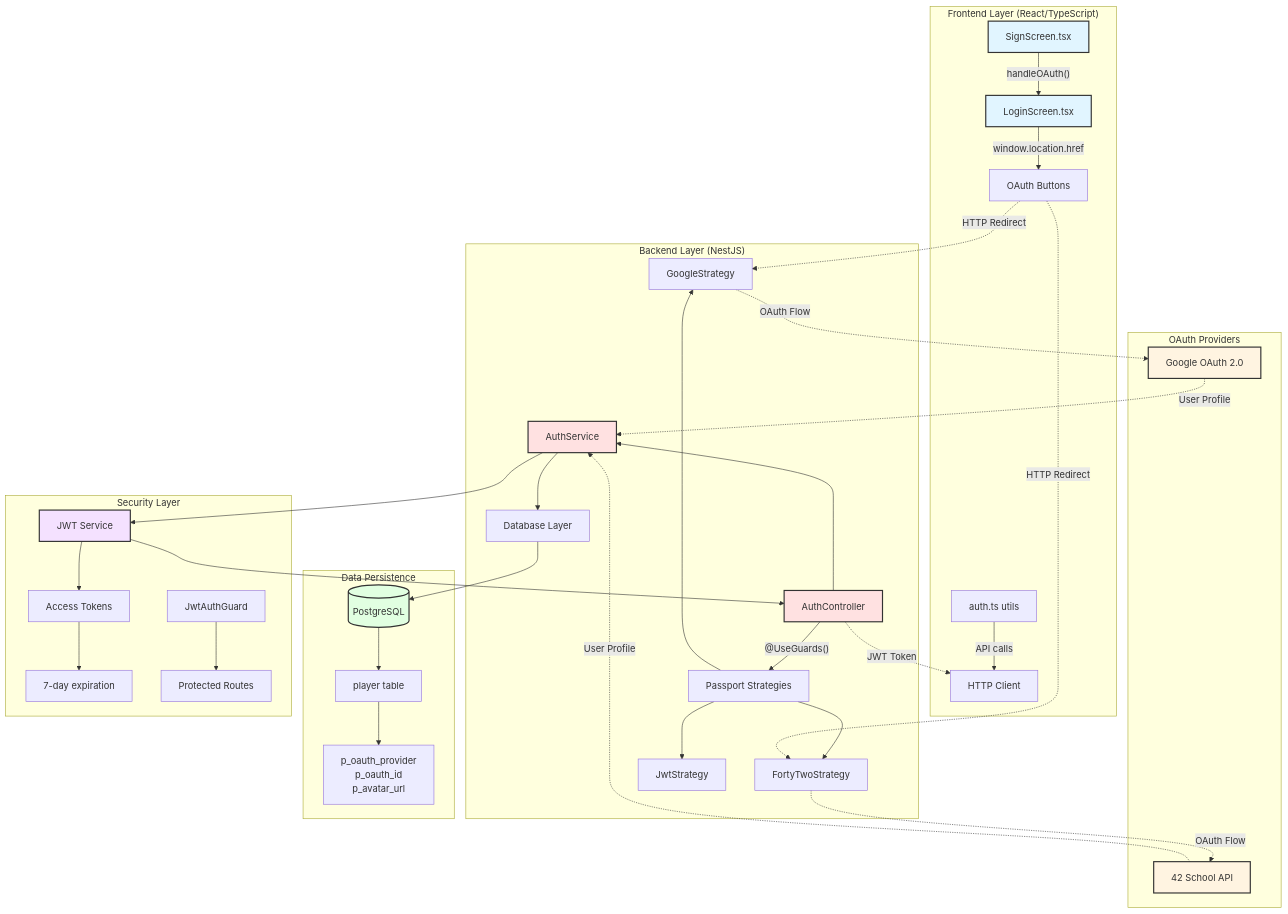
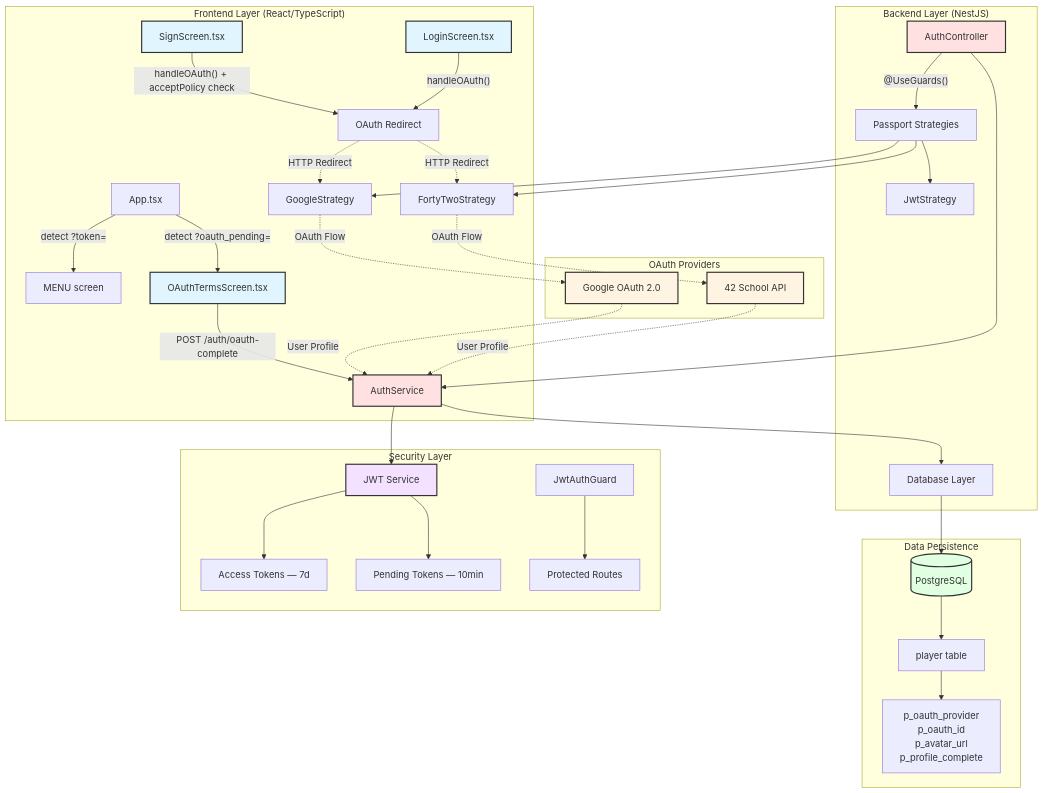
The second of 2 diagrams in srcs/backend/doc/OAUTH_DOCUMENTATION.md (BlasLezo1741/TRANSCENDENCE), drawn with Mermaid before and after one commit. The commit also changed other lines of this file and 16 other files, not shown here.

Commit message:
feat: User must accept the terms of service and private policy

````diff
--- a/srcs/backend/doc/OAUTH_DOCUMENTATION.md
+++ b/srcs/backend/doc/OAUTH_DOCUMENTATION.md
@@ -59,54 +77,54 @@
 ```mermaid
 graph TD
     subgraph "Frontend Layer (React/TypeScript)"
-        A[SignScreen.tsx] -- "handleOAuth()" --> B[LoginScreen.tsx]
-        B -- "window.location.href" --> C[OAuth Buttons]
-        D[auth.ts utils] -- "API calls" --> E[HTTP Client]
+        A[SignScreen.tsx] -- "handleOAuth() + acceptPolicy check" --> C[OAuth Redirect]
+        B[LoginScreen.tsx] -- "handleOAuth()" --> C
+        C -.->|"HTTP Redirect"| G1
+        C -.->|"HTTP Redirect"| G2
+        APP[App.tsx] -- "detect ?token=" --> MENU[MENU screen]
+        APP -- "detect ?oauth_pending=" --> OT[OAuthTermsScreen.tsx]
+        OT -- "POST /auth/oauth-complete" --> H
     end
 
     subgraph "Backend Layer (NestJS)"
         F[AuthController] -- "@UseGuards()" --> G[Passport Strategies]
         G --> G1[GoogleStrategy]
         G --> G2[FortyTwoStrategy]
         G --> G3[JwtStrategy]
         F --> H[AuthService]
         H --> I[Database Layer]
     end
 
     subgraph "OAuth Providers"
         J[Google OAuth 2.0]
         K[42 School API]
     end
 
     subgraph "Data Persistence"
         I --> L[(PostgreSQL)]
         L --> M[player table]
-        M --> N["p_oauth_provider<br/>p_oauth_id<br/>p_avatar_url"]
+        M --> N["p_oauth_provider<br/>p_oauth_id<br/>p_avatar_url<br/>p_profile_complete"]
     end
 
     subgraph "Security Layer"
-        O[JWT Service] --> P[Access Tokens]
-        P --> Q[7-day expiration]
+        O[JWT Service] --> P[Access Tokens — 7d]
+        O --> PP[Pending Tokens — 10min]
         R[JwtAuthGuard] --> S[Protected Routes]
     end
 
-    %% Flow Connections
-    C -.->|"HTTP Redirect"| G1
-    C -.->|"HTTP Redirect"| G2
     G1 -.->|"OAuth Flow"| J
     G2 -.->|"OAuth Flow"| K
     J -.->|"User Profile"| H
     K -.->|"User Profile"| H
     H --> O
-    O --> F
-    F -.->|"JWT Token"| E
 
     style A fill:#e1f5ff,stroke:#333,stroke-width:2px
     style B fill:#e1f5ff,stroke:#333,stroke-width:2px
+    style OT fill:#e1f5ff,stroke:#333,stroke-width:2px
     style F fill:#ffe1e1,stroke:#333,stroke-width:2px
     style H fill:#ffe1e1,stroke:#333,stroke-width:2px
     style J fill:#fff4e1,stroke:#333,stroke-width:2px
     style K fill:#fff4e1,stroke:#333,stroke-width:2px
     style L fill:#e1ffe1,stroke:#333,stroke-width:2px
     style O fill:#f4e1ff,stroke:#333,stroke-width:2px
 ```
````
